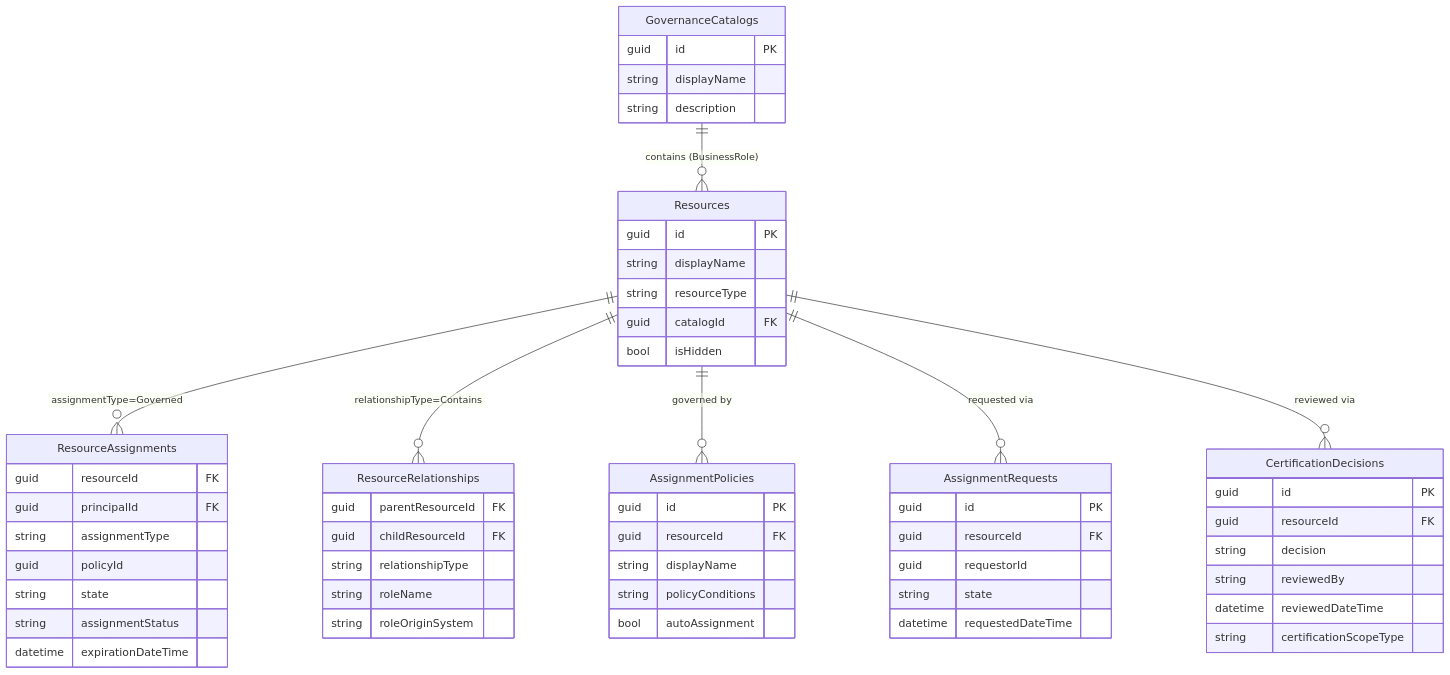
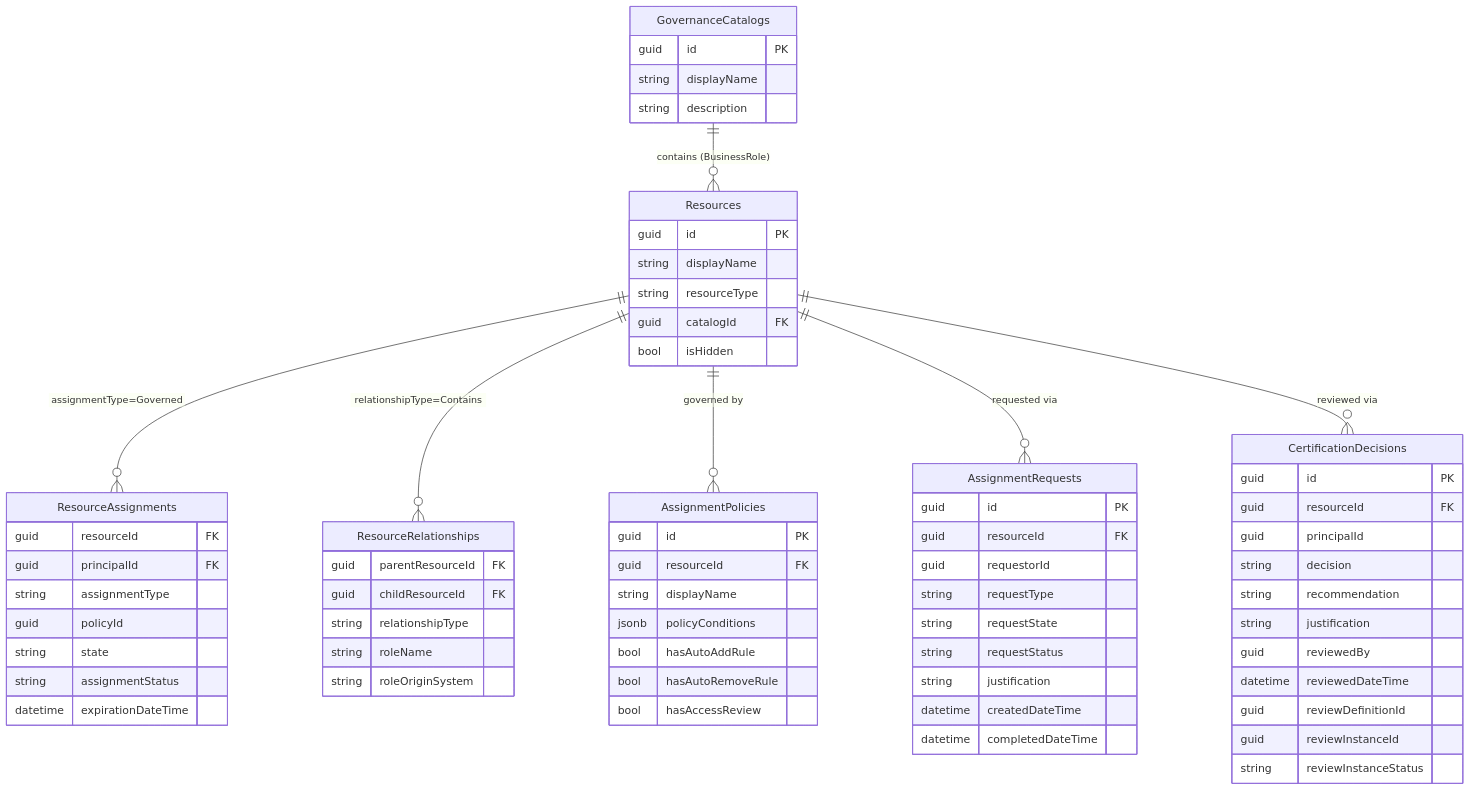
Before and after one commit to Fortigi/FortigiGraph: the first of 2 diagrams in docs/concepts/governance-model.md, drawn with Mermaid. The commit also changed 56 other files, not shown here.

````diff
--- a/docs/concepts/governance-model.md
+++ b/docs/concepts/governance-model.md
@@ -26,60 +26,71 @@
 ```mermaid
 erDiagram
     GovernanceCatalogs {
         guid id PK
         string displayName
         string description
     }
     Resources {
         guid id PK
         string displayName
         string resourceType
         guid catalogId FK
         bool isHidden
     }
     ResourceAssignments {
         guid resourceId FK
         guid principalId FK
         string assignmentType
         guid policyId
         string state
         string assignmentStatus
         datetime expirationDateTime
     }
     ResourceRelationships {
         guid parentResourceId FK
         guid childResourceId FK
         string relationshipType
         string roleName
         string roleOriginSystem
     }
     AssignmentPolicies {
         guid id PK
         guid resourceId FK
         string displayName
-        string policyConditions
-        bool autoAssignment
+        jsonb policyConditions
+        bool hasAutoAddRule
+        bool hasAutoRemoveRule
+        bool hasAccessReview
     }
     AssignmentRequests {
         guid id PK
         guid resourceId FK
         guid requestorId
-        string state
-        datetime requestedDateTime
+        string requestType
+        string requestState
+        string requestStatus
+        string justification
+        datetime createdDateTime
+        datetime completedDateTime
     }
     CertificationDecisions {
         guid id PK
         guid resourceId FK
+        guid principalId
         string decision
-        string reviewedBy
+        string recommendation
+        string justification
+        guid reviewedBy
         datetime reviewedDateTime
-        string certificationScopeType
+        guid reviewDefinitionId
+        guid reviewInstanceId
+        string reviewInstanceStatus
     }
 
     GovernanceCatalogs ||--o{ Resources : "contains (BusinessRole)"
     Resources ||--o{ ResourceAssignments : "assignmentType=Governed"
     Resources ||--o{ ResourceRelationships : "relationshipType=Contains"
     Resources ||--o{ AssignmentPolicies : "governed by"
     Resources ||--o{ AssignmentRequests : "requested via"
     Resources ||--o{ CertificationDecisions : "reviewed via"
 ```
````
